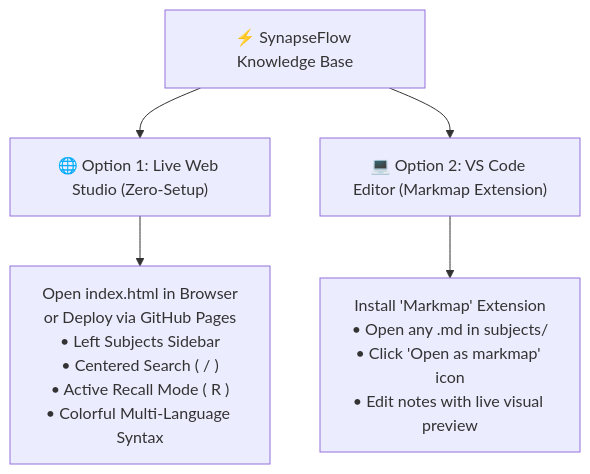
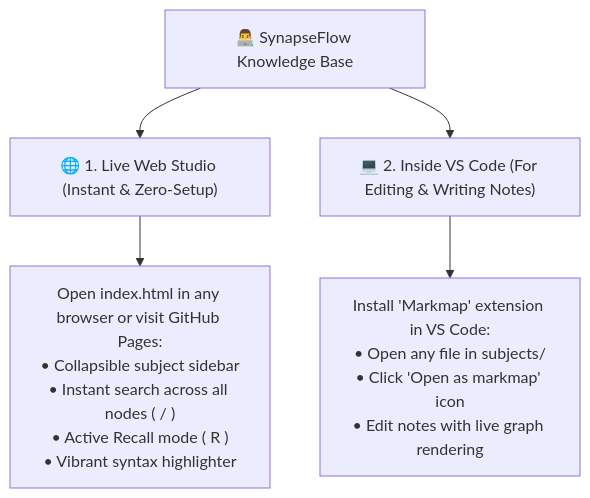
Before and after one commit to KaushikBarnwal/SynapseFlow: the diagram in README.md, drawn with Mermaid. The commit also changed other lines of this file, not shown here.

````diff
--- a/README.md
+++ b/README.md
@@ -13,7 +33,14 @@
 ```mermaid
 flowchart TD
-    Start["⚡ SynapseFlow Knowledge Base"] --> OptionA["🌐 Option 1: Live Web Studio (Zero-Setup)"]
-    Start --> OptionB["💻 Option 2: VS Code Editor (Markmap Extension)"]
-    OptionA --> A1["Open index.html in Browser\nor Deploy via GitHub Pages\n• Left Subjects Sidebar\n• Centered Search ( / )\n• Active Recall Mode ( R )\n• Colorful Multi-Language Syntax"]
-    OptionB --> B1["Install 'Markmap' Extension\n• Open any .md in subjects/\n• Click 'Open as markmap' icon\n• Edit notes with live visual preview"]
+    Start["👨‍💻 SynapseFlow Knowledge Base"] --> OptionA["🌐 1. Live Web Studio (Instant & Zero-Setup)"]
+    Start --> OptionB["💻 2. Inside VS Code (For Editing & Writing Notes)"]
+    OptionA --> A1["Open index.html in any browser or visit GitHub Pages:
+• Collapsible subject sidebar
+• Instant search across all nodes ( / )
+• Active Recall mode ( R )
+• Vibrant syntax highlighter"]
+    OptionB --> B1["Install 'Markmap' extension in VS Code:
+• Open any file in subjects/
+• Click 'Open as markmap' icon
+• Edit notes with live graph rendering"]
 ```
````
